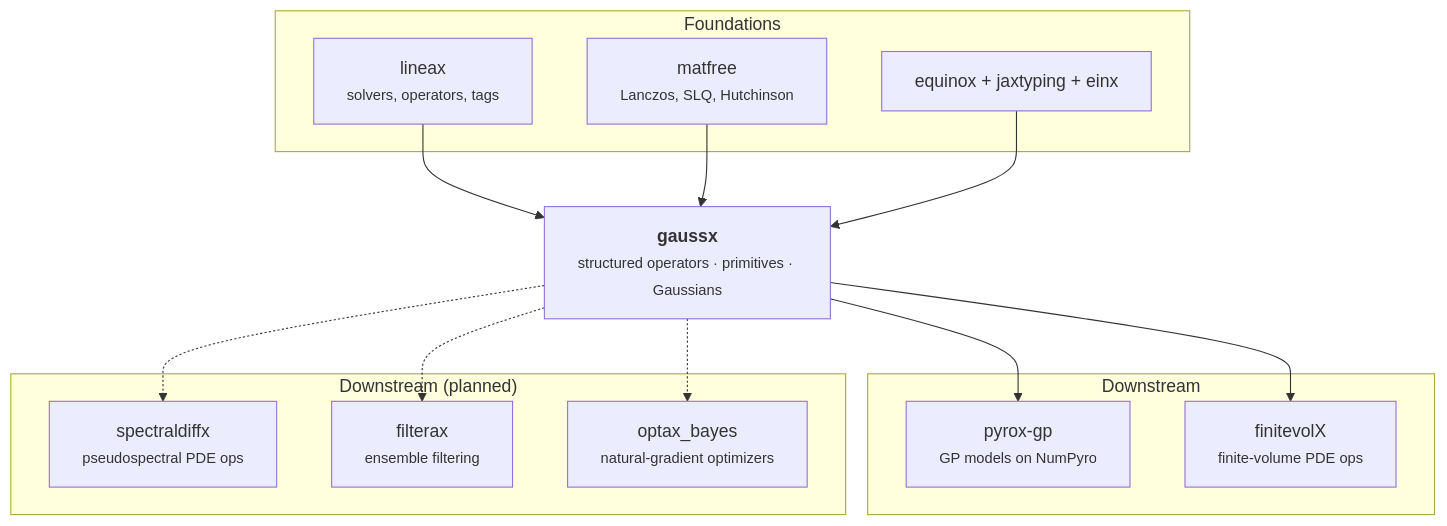
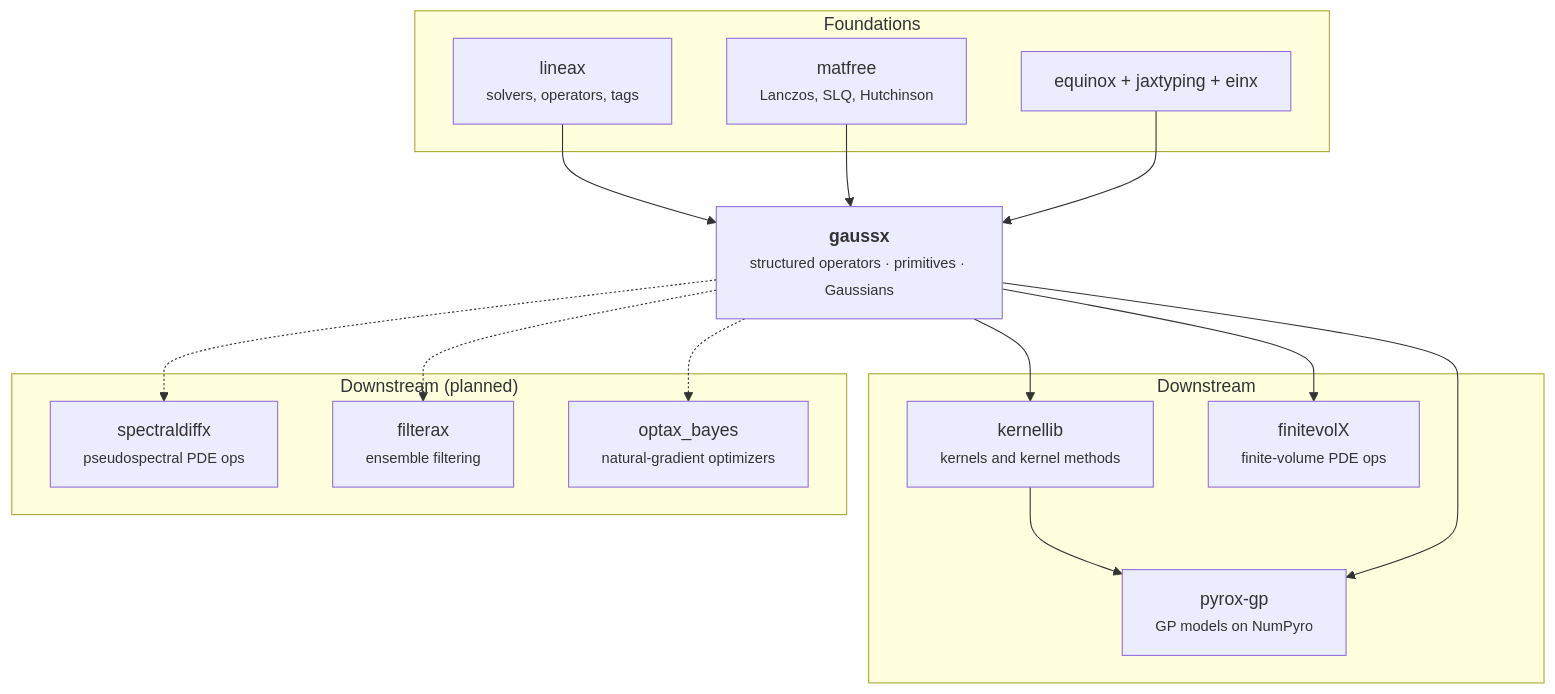
The diagram in docs/vision.md (jejjohnson/gaussx), drawn with Mermaid before and after one commit. The commit also changed other lines of this file and 41 other files, not shown here.

````diff
--- a/docs/vision.md
+++ b/docs/vision.md
@@ -159,38 +160,42 @@
 ```mermaid
 flowchart TD
     subgraph FOUND["Foundations"]
         LX["lineax<br/><small>solvers, operators, tags</small>"]
         MF["matfree<br/><small>Lanczos, SLQ, Hutchinson</small>"]
         EQX["equinox + jaxtyping + einx"]
     end
 
     GX["<b>gaussx</b><br/><small>structured operators · primitives · Gaussians</small>"]
 
     subgraph DOWN["Downstream"]
+        KL["kernellib<br/><small>kernels and kernel methods</small>"]
         PYROX["pyrox-gp<br/><small>GP models on NumPyro</small>"]
         FVX["finitevolX<br/><small>finite-volume PDE ops</small>"]
     end
 
     subgraph PLAN["Downstream (planned)"]
         SDX["spectraldiffx<br/><small>pseudospectral PDE ops</small>"]
         FLTR["filterax<br/><small>ensemble filtering</small>"]
         OB["optax_bayes<br/><small>natural-gradient optimizers</small>"]
     end
 
     LX --> GX
     MF --> GX
     EQX --> GX
+    GX --> KL
+    KL --> PYROX
     GX --> PYROX
     GX --> FVX
     GX -.-> SDX
     GX -.-> FLTR
     GX -.-> OB
 
     click LX "https://github.com/patrick-kidger/lineax" _blank
     click MF "https://github.com/pnkraemer/matfree" _blank
+    click KL "https://github.com/jejjohnson/kernellib" _blank
     click PYROX "https://github.com/jejjohnson/pyrox" _blank
     click FVX "https://github.com/jejjohnson/finitevolX" _blank
     click SDX "https://github.com/jejjohnson/spectraldiffx" _blank
     click FLTR "https://github.com/jejjohnson/filterax" _blank
     click OB "https://github.com/jejjohnson/optax_bayes" _blank
 ```
````
